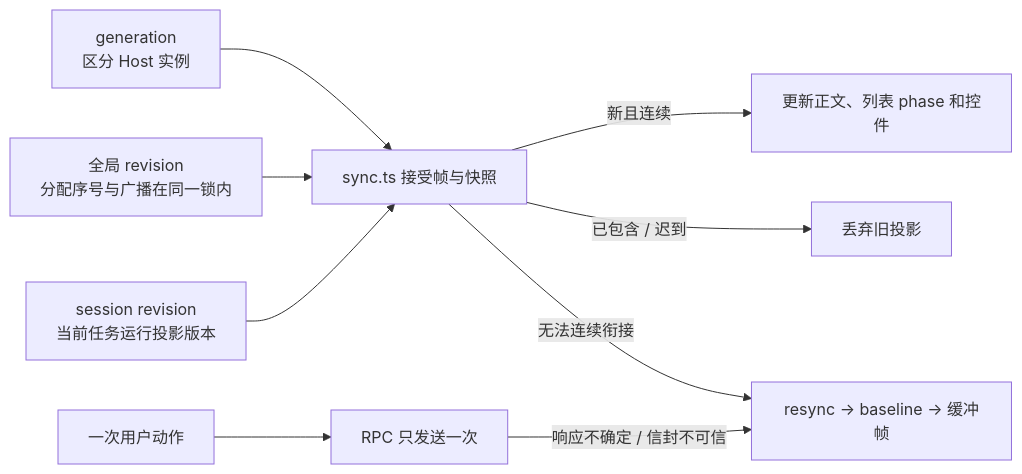
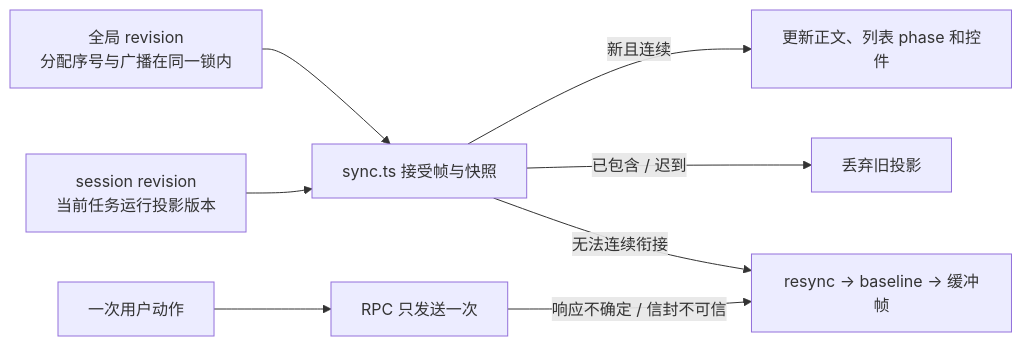
One commit to qjcnmd/singularity-agent changed diagram 11 of 29 in docs/architecture.md. Above: the diagram before and after it, drawn with Mermaid. The commit also changed other lines of this file and 137 other files, not shown here.

````diff
--- a/docs/architecture.md
+++ b/docs/architecture.md
@@ -296,11 +296,11 @@
 ```mermaid
 flowchart LR
-    Generation["generation<br/>区分 Host 实例"] --> Gate["sync.ts 接受帧与快照"]
+    Gate["sync.ts 接受帧与快照"]
     Global["全局 revision<br/>分配序号与广播在同一锁内"] --> Gate
     SessionRevision["session revision<br/>当前任务运行投影版本"] --> Gate
     Gate -->|"新且连续"| Apply["更新正文、列表 phase 和控件"]
     Gate -->|"已包含 / 迟到"| Ignore["丢弃旧投影"]
     Gate -->|"无法连续衔接"| Resync["resync → baseline → 缓冲帧"]
     Mutation["一次用户动作"] --> Once["RPC 只发送一次"]
     Once -->|"响应不确定 / 信封不可信"| Resync
 ```
````
